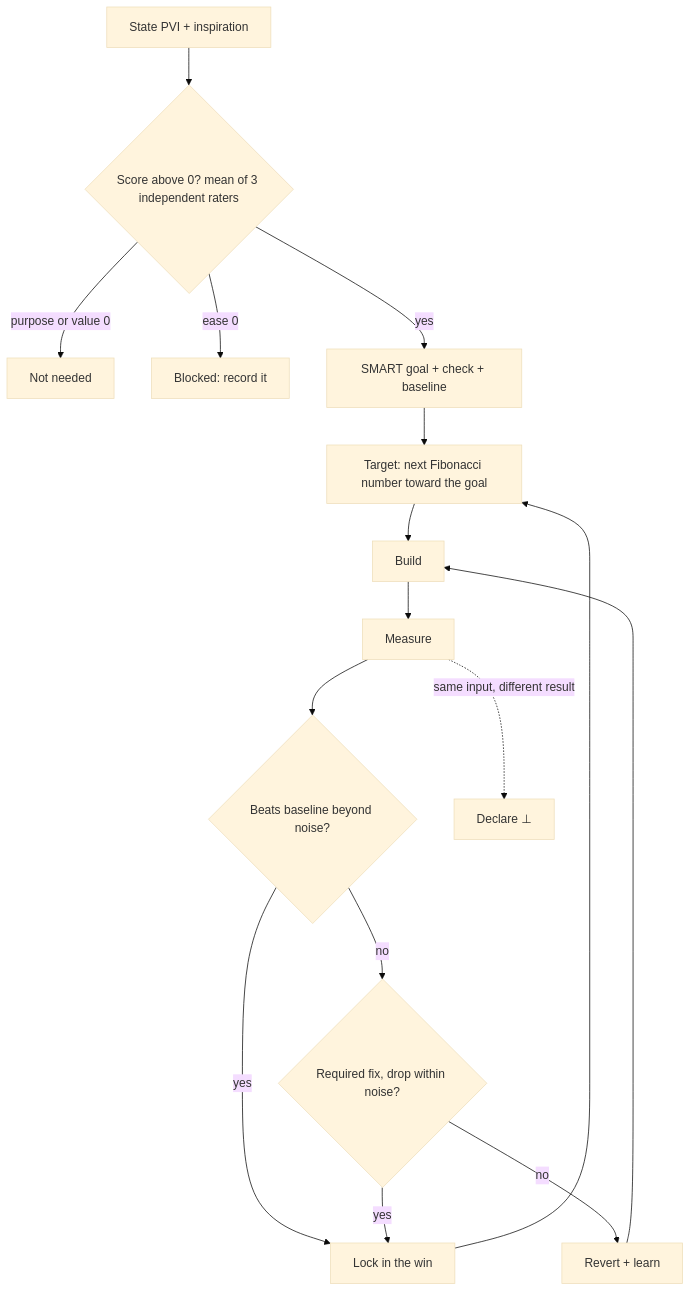
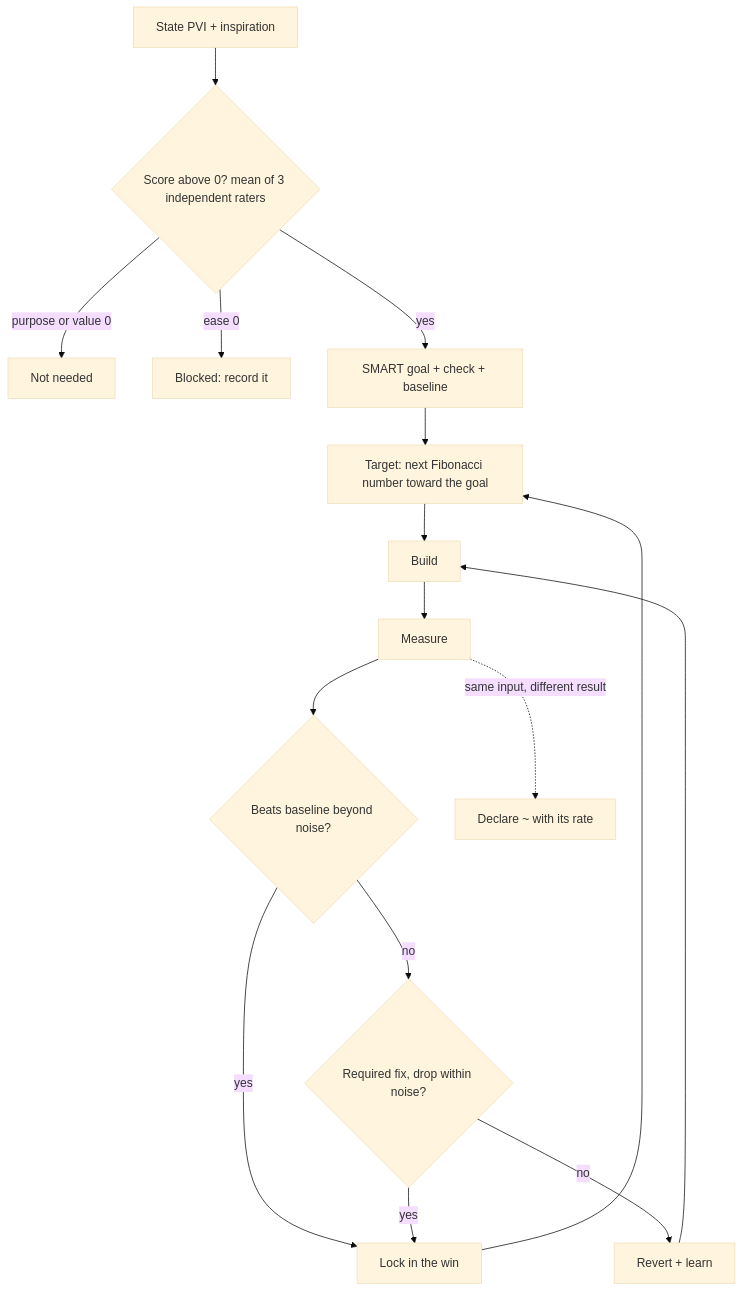
Before and after one commit to SolenixAI/arbiter: the seventh of 14 diagrams in AGENTS.md, drawn with Mermaid (base theme). The commit also changed other lines of this file, not shown here.

````diff
--- a/AGENTS.md
+++ b/AGENTS.md
@@ -297,14 +299,14 @@
 ```mermaid
 flowchart TD
   PV[State PVI + inspiration] --> S{Score above 0? mean of 3 independent raters}
   S -->|purpose or value 0| N[Not needed]
   S -->|ease 0| B[Blocked: record it]
   S -->|yes| G[SMART goal + check + baseline]
   G --> T[Target: next Fibonacci number toward the goal] --> BU[Build] --> M[Measure]
   M --> K{Beats baseline beyond noise?}
   K -->|yes| L[Lock in the win] --> T
   K -->|no| RF{Required fix, drop within noise?}
   RF -->|yes| L
   RF -->|no| R[Revert + learn] --> BU
-  M -.->|same input, different result| Z["Declare ⊥"]
+  M -.->|same input, different result| Z["Declare ~ with its rate"]
 ```
````
